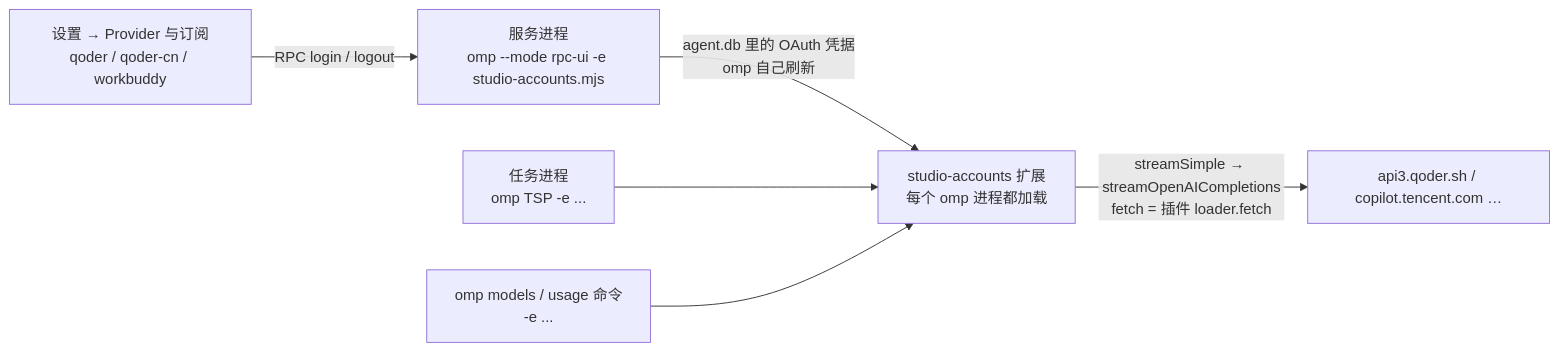
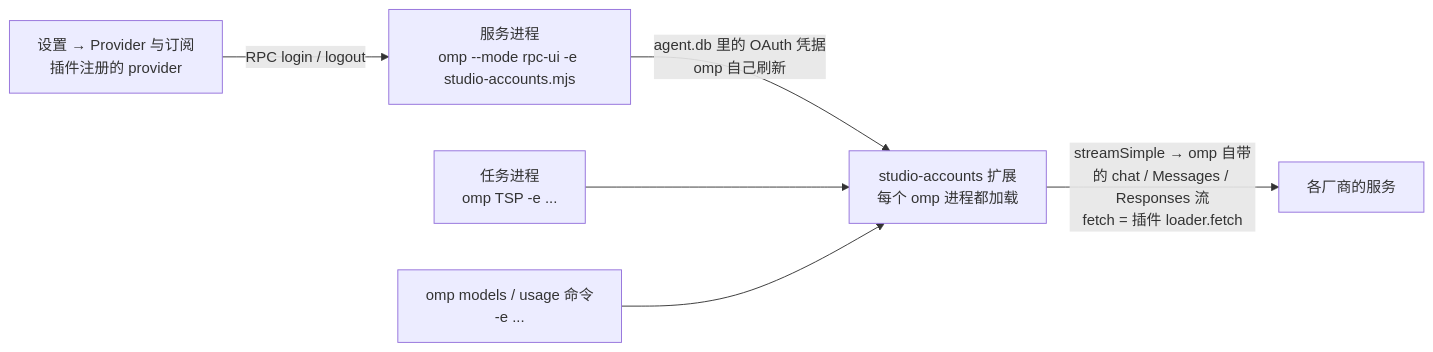
Before and after one commit to DawnJson/omp-studio: the diagram in docs/architecture/client-accounts.md, drawn with Mermaid. The commit also changed other lines of this file and 40 other files, not shown here.

Commit message:
feat: 内置 magpie 插件扩充到社区全部能登录的账号插件，支持 Messages / Responses 模型

````diff
--- a/docs/architecture/client-accounts.md
+++ b/docs/architecture/client-accounts.md
@@ -30,8 +30,8 @@
 ```mermaid
 flowchart LR
-  UI[设置 → Provider 与订阅<br/>qoder / qoder-cn / workbuddy] -->|RPC login / logout| SVC[服务进程<br/>omp --mode rpc-ui -e studio-accounts.mjs]
+  UI[设置 → Provider 与订阅<br/>插件注册的 provider] -->|RPC login / logout| SVC[服务进程<br/>omp --mode rpc-ui -e studio-accounts.mjs]
   SVC -->|agent.db 里的 OAuth 凭据<br/>omp 自己刷新| EXT[studio-accounts 扩展<br/>每个 omp 进程都加载]
   TASK[任务进程<br/>omp TSP -e ...] --> EXT
   CLI[omp models / usage 命令<br/>-e ...] --> EXT
-  EXT -->|streamSimple → streamOpenAICompletions<br/>fetch = 插件 loader.fetch| V[api3.qoder.sh / copilot.tencent.com …]
+  EXT -->|streamSimple → omp 自带的 chat / Messages / Responses 流<br/>fetch = 插件 loader.fetch| V[各厂商的服务]
 ```
````
